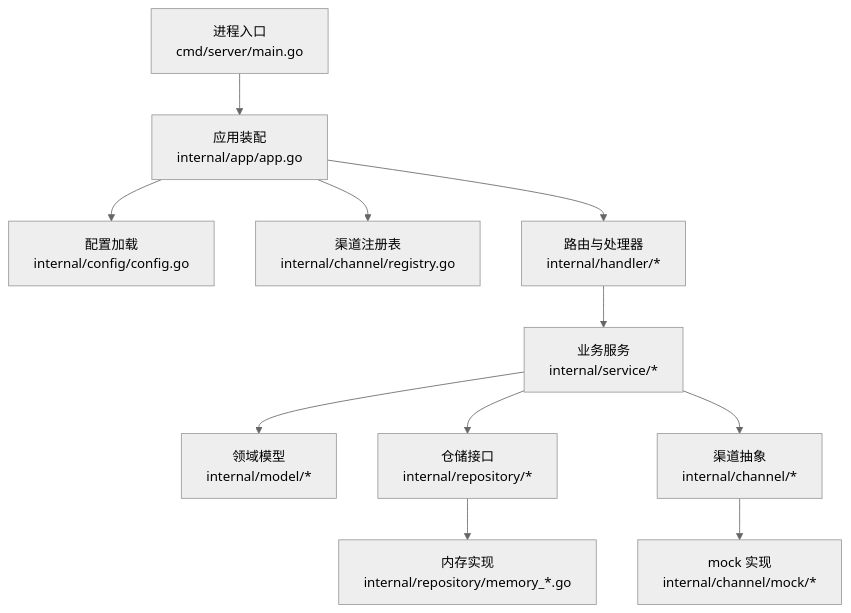
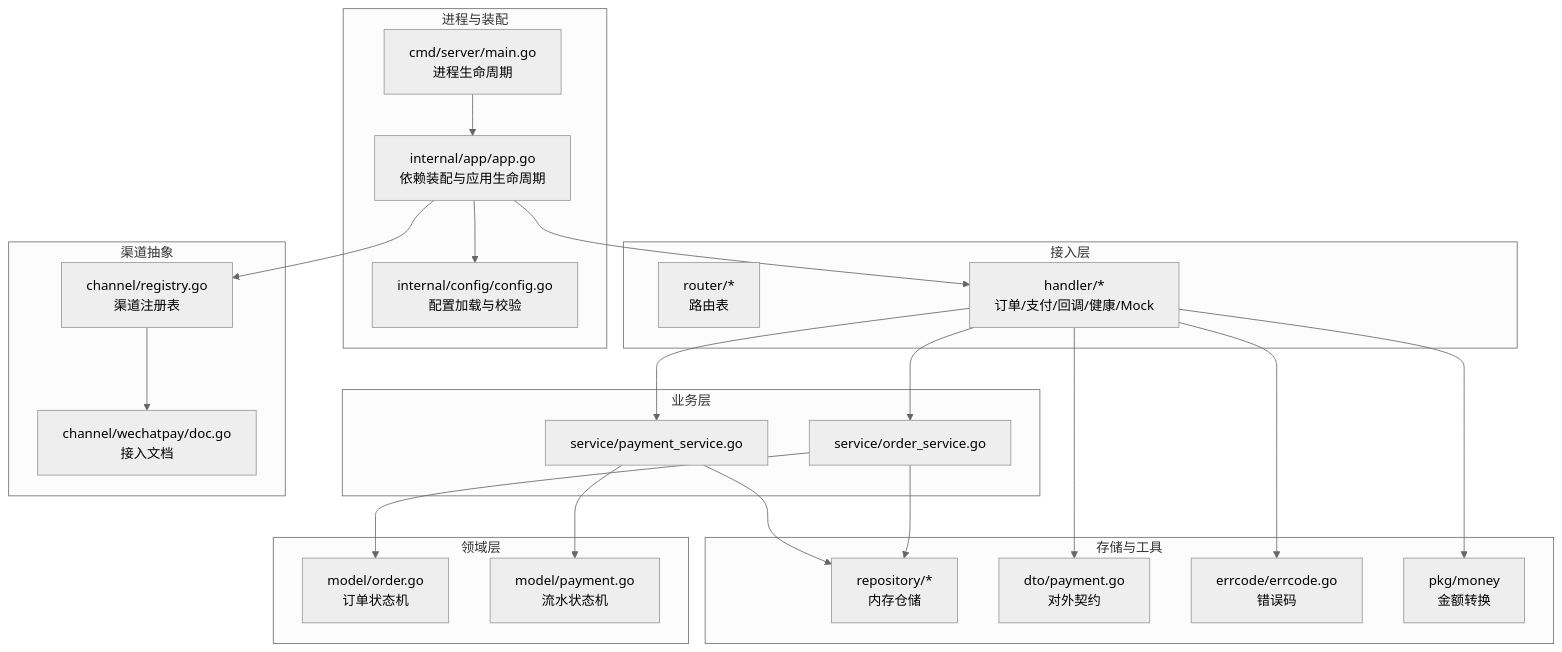
One commit to gbtdesign/payment changed the first of 9 diagrams in .qoder/repowiki/zh/content/开发指南.md. Above: the diagram before and after it, drawn with Mermaid (neutral theme). The commit also changed other lines of this file and 107 other files, not shown here.

````diff
--- a/.qoder/repowiki/zh/content/开发指南.md
+++ b/.qoder/repowiki/zh/content/开发指南.md
@@ -56,13 +55,44 @@
 ```mermaid
 graph TB
-Entry["进程入口<br/>cmd/server/main.go"] --> App["应用装配<br/>internal/app/app.go"]
-App --> Config["配置加载<br/>internal/config/config.go"]
-App --> Registry["渠道注册表<br/>internal/channel/registry.go"]
-App --> Router["路由与处理器<br/>internal/handler/*"]
-Router --> Service["业务服务<br/>internal/service/*"]
-Service --> Model["领域模型<br/>internal/model/*"]
-Service --> Repo["仓储接口<br/>internal/repository/*"]
-Service --> Channel["渠道抽象<br/>internal/channel/*"]
-Repo --> MemoryRepo["内存实现<br/>internal/repository/memory_*.go"]
-Channel --> Mock["mock 实现<br/>internal/channel/mock/*"]
+subgraph "进程与装配"
+Main["cmd/server/main.go<br/>进程生命周期"]
+App["internal/app/app.go<br/>依赖装配与应用生命周期"]
+Config["internal/config/config.go<br/>配置加载与校验"]
+end
+subgraph "接入层"
+Router["router/*<br/>路由表"]
+Handler["handler/*<br/>订单/支付/回调/健康/Mock"]
+end
+subgraph "业务层"
+OrderSvc["service/order_service.go"]
+PaymentSvc["service/payment_service.go"]
+end
+subgraph "领域层"
+OrderModel["model/order.go<br/>订单状态机"]
+PaymentModel["model/payment.go<br/>流水状态机"]
+end
+subgraph "渠道抽象"
+ChannelReg["channel/registry.go<br/>渠道注册表"]
+WechatDoc["channel/wechatpay/doc.go<br/>接入文档"]
+end
+subgraph "存储与工具"
+Repo["repository/*<br/>内存仓储"]
+DTO["dto/payment.go<br/>对外契约"]
+ErrCode["errcode/errcode.go<br/>错误码"]
+Money["pkg/money<br/>金额转换"]
+end
+Main --> App
+App --> Config
+App --> ChannelReg
+App --> Handler
+Handler --> OrderSvc
+Handler --> PaymentSvc
+OrderSvc --> OrderModel
+PaymentSvc --> PaymentModel
+OrderSvc --> Repo
+PaymentSvc --> Repo
+Handler --> DTO
+Handler --> ErrCode
+Handler --> Money
+ChannelReg --> WechatDoc
 ```
````
